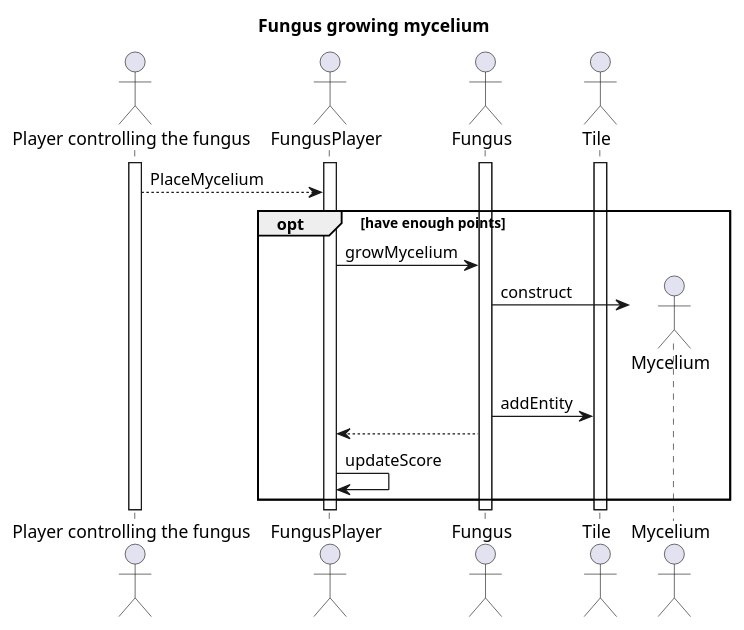
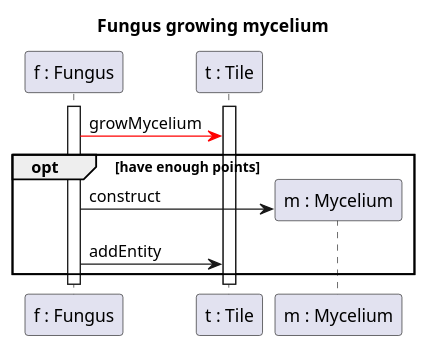
The diagram in diagrams/diagramFiles/SQ_FungusGrowth.puml (Klastiv/Projlab_nullpointerexception), drawn with PlantUML before and after one commit. The commit also changed 1 other file, not shown here.

```diff
--- a/diagrams/diagramFiles/SQ_FungusGrowth.puml
+++ b/diagrams/diagramFiles/SQ_FungusGrowth.puml
@@ -1,27 +1,21 @@
 @startuml Fungus growth
 
 title Fungus growing mycelium
 
-actor "Player controlling the fungus" as P
-actor "FungusPlayer" as Fp
-actor "Fungus" as F
-actor "Tile" as T
-actor "Mycelium" as M
+participant "f : Fungus" as F
+participant "t : Tile" as T
+participant "m : Mycelium" as M
 
-activate P
-activate Fp
 activate F
 activate T
 
-P --> Fp : PlaceMycelium
+
+F-[#red]>T : growMycelium
 opt have enough points
-Fp -> F : growMycelium
 F -> M ** : construct
 F -> T : addEntity
-F --> Fp
-Fp -> Fp : updateScore
 
 end
 
 
 @enduml
```
